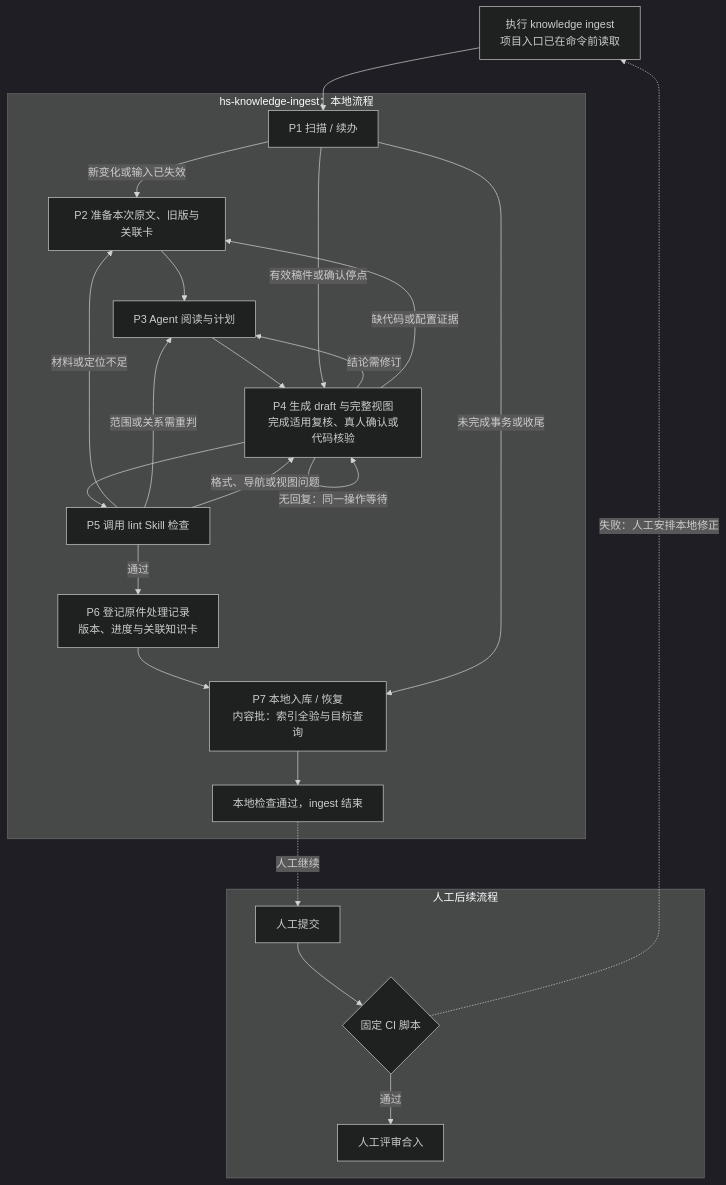
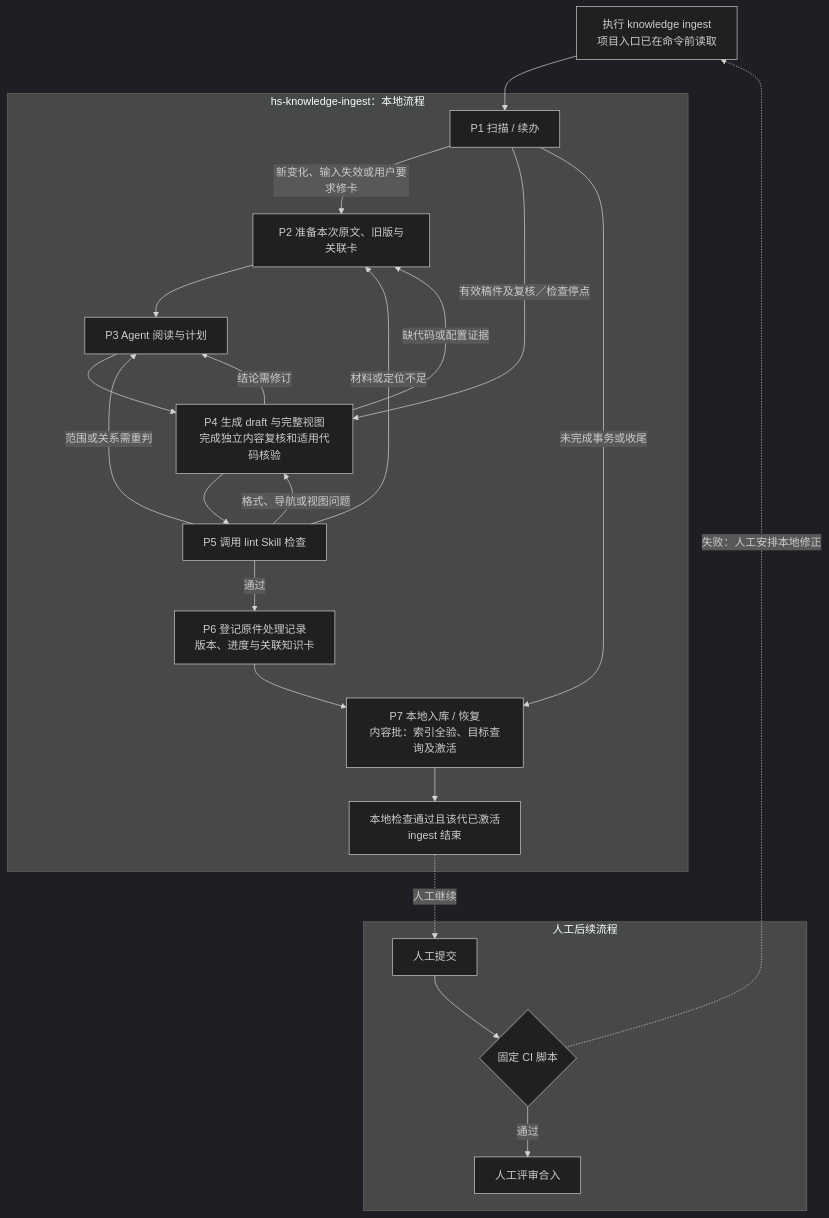
The fifth of 7 diagrams in aiotbot-knowledge-wifi-mp/docs-llm-wiki/AIoTBot知识库架构设计.md (Robin-hhc/FactumCore), drawn with Mermaid (dark theme) before and after one commit. The commit also changed other lines of this file and 115 other files, not shown here.

````diff
--- a/aiotbot-knowledge-wifi-mp/docs-llm-wiki/AIoTBot知识库架构设计.md
+++ b/aiotbot-knowledge-wifi-mp/docs-llm-wiki/AIoTBot知识库架构设计.md
@@ -400,27 +396,26 @@
 ```mermaid
 flowchart TD
     CMD["执行 knowledge ingest<br/>项目入口已在命令前读取"] --> P1
     subgraph INGEST["hs-knowledge-ingest：本地流程"]
-        P1["P1 扫描 / 续办"] -->|"新变化或输入已失效"| P2["P2 准备本次原文、旧版与关联卡"]
+        P1["P1 扫描 / 续办"] -->|"新变化、输入失效或用户要求修卡"| P2["P2 准备本次原文、旧版与关联卡"]
         P2 --> P3["P3 Agent 阅读与计划"]
-        P3 --> P4["P4 生成 draft 与完整视图<br/>完成适用复核、真人确认或代码核验"]
+        P3 --> P4["P4 生成 draft 与完整视图<br/>完成独立内容复核和适用代码核验"]
         P4 --> P5["P5 调用 lint Skill 检查"]
         P5 -->|"通过"| P6["P6 登记原件处理记录<br/>版本、进度与关联知识卡"]
         P5 -->|"材料或定位不足"| P2
         P5 -->|"范围或关系需重判"| P3
         P5 -->|"格式、导航或视图问题"| P4
         P4 -->|"结论需修订"| P3
         P4 -->|"缺代码或配置证据"| P2
-        P4 -->|"无回复：同一操作等待"| P4
-        P6 --> P7["P7 本地入库 / 恢复<br/>内容批：索引全验与目标查询"]
-        P1 -->|"有效稿件或确认停点"| P4
+        P6 --> P7["P7 本地入库 / 恢复<br/>内容批：索引全验、目标查询及激活"]
+        P1 -->|"有效稿件及复核／检查停点"| P4
         P1 -->|"未完成事务或收尾"| P7
-        P7 --> DONE["本地检查通过，ingest 结束"]
+        P7 --> DONE["本地检查通过且该代已激活<br/>ingest 结束"]
     end
     subgraph HUMAN["人工后续流程"]
         SUBMIT["人工提交"] --> C1{"固定 CI 脚本"}
         C1 -->|"通过"| MERGE["人工评审合入"]
     end
     DONE -. "人工继续" .-> SUBMIT
     C1 -. "失败：人工安排本地修正" .-> CMD
 ```
````
